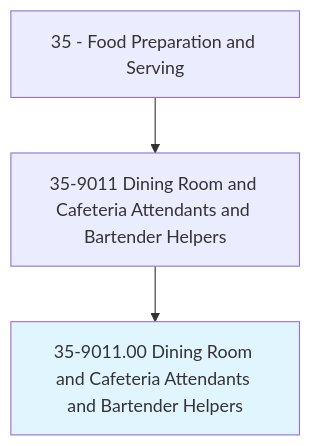
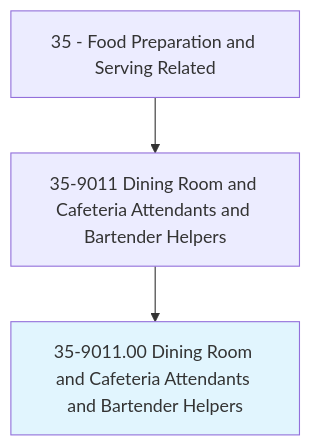
The first of 4 diagrams in occupations/FoodService/DiningRoomAndCafeteriaAttendantsAndBartenderHelpers.mdx (kziemski/business.org.ai), drawn with Mermaid before and after one commit. The commit also changed other lines of this file and 938 other files, not shown here.

````diff
--- a/occupations/FoodService/DiningRoomAndCafeteriaAttendantsAndBartenderHelpers.mdx
+++ b/occupations/FoodService/DiningRoomAndCafeteriaAttendantsAndBartenderHelpers.mdx
@@ -19,6 +23,6 @@
 ```mermaid
 graph TD
-    Cat35["35 - Food Preparation and Serving"] --> Group359011["35-9011 Dining Room and Cafeteria Attendants and Bartender Helpers"]
+    Cat35["35 - Food Preparation and Serving Related"] --> Group359011["35-9011 Dining Room and Cafeteria Attendants and Bartender Helpers"]
     Group359011 --> Current["35-9011.00 Dining Room and Cafeteria Attendants and Bartender Helpers"]
     style Current fill:#e1f5fe
 ```
````
